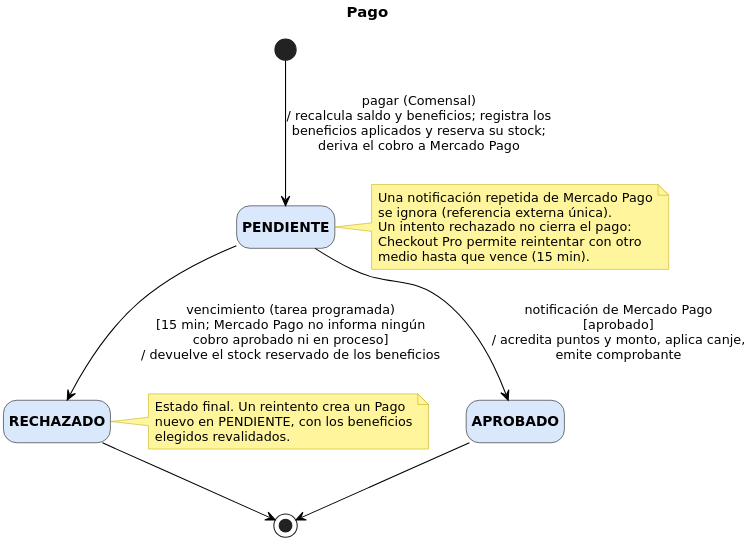
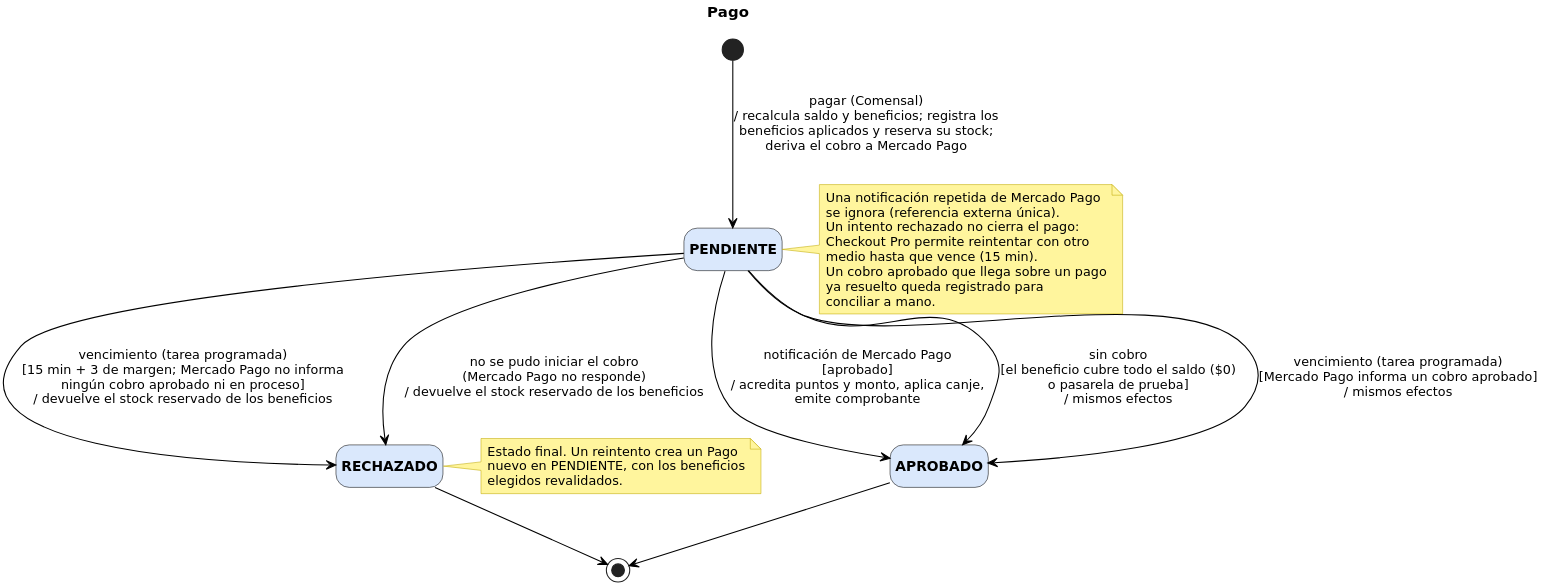
One commit to GabrielLigresti/TFG-PGIM changed the diagram in docs/modelos/estado/pago/v1/estado-pago-v1.puml. Above: the diagram before and after it, drawn with PlantUML. The commit also changed 12 other files, not shown here.

First line of the commit message:
Registrar en los modelos el medio de pago que informa Mercado Pago y las transiciones de la revisión

```diff
--- a/docs/modelos/estado/pago/v1/estado-pago-v1.puml
+++ b/docs/modelos/estado/pago/v1/estado-pago-v1.puml
@@ -1,44 +1,50 @@
 @startuml estado-pago-v1
 ' Diagrama de estado (UML). Paleta alineada con CU y secuencias formato Vialia.
 ' Transiciones: evento (quién) [condición] / efecto
 skinparam dpi 300
 skinparam defaultFontName DejaVu Sans
 skinparam defaultFontSize 12
 skinparam shadowing false
 skinparam ArrowColor #000000
 skinparam state {
   BackgroundColor #DAE8FC
   BorderColor #000000
   FontSize 13
   FontStyle bold
   StartColor #000000
   EndColor #000000
 }
 skinparam note {
   BackgroundColor #FFF59D
   BorderColor #BFA800
 }
 hide empty description
 title Pago
 
 state PENDIENTE
 state APROBADO
 state RECHAZADO
 [*] --> PENDIENTE : pagar (Comensal)\n/ recalcula saldo y beneficios; registra los\nbeneficios aplicados y reserva su stock;\nderiva el cobro a Mercado Pago
 PENDIENTE --> APROBADO : notificación de Mercado Pago\n[aprobado]\n/ acredita puntos y monto, aplica canje,\nemite comprobante
-PENDIENTE --> RECHAZADO : vencimiento (tarea programada)\n[15 min; Mercado Pago no informa ningún\ncobro aprobado ni en proceso]\n/ devuelve el stock reservado de los beneficios
+PENDIENTE --> APROBADO : sin cobro\n[el beneficio cubre todo el saldo ($0)\no pasarela de prueba]\n/ mismos efectos
+PENDIENTE --> APROBADO : vencimiento (tarea programada)\n[Mercado Pago informa un cobro aprobado]\n/ mismos efectos
+PENDIENTE --> RECHAZADO : vencimiento (tarea programada)\n[15 min + 3 de margen; Mercado Pago no informa\nningún cobro aprobado ni en proceso]\n/ devuelve el stock reservado de los beneficios
+PENDIENTE --> RECHAZADO : no se pudo iniciar el cobro\n(Mercado Pago no responde)\n/ devuelve el stock reservado de los beneficios
 APROBADO --> [*]
 RECHAZADO --> [*]
 note right of RECHAZADO
   Estado final. Un reintento crea un Pago
   nuevo en PENDIENTE, con los beneficios
   elegidos revalidados.
 end note
 note right of PENDIENTE
   Una notificación repetida de Mercado Pago
   se ignora (referencia externa única).
   Un intento rechazado no cierra el pago:
   Checkout Pro permite reintentar con otro
   medio hasta que vence (15 min).
+  Un cobro aprobado que llega sobre un pago
+  ya resuelto queda registrado para
+  conciliar a mano.
 end note
 @enduml
```
